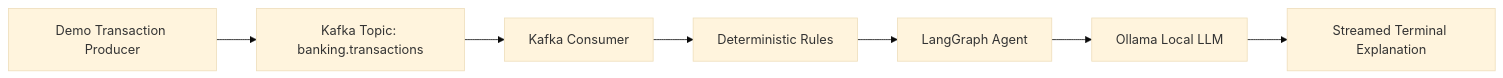
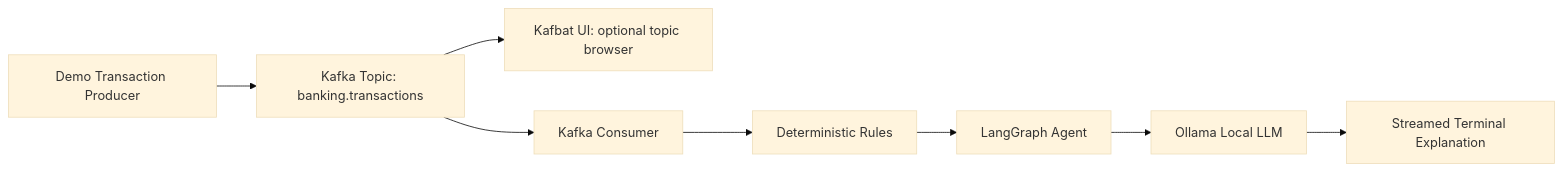
Before and after one commit to thomassuedbroecker/simple_kafka_example: the diagram in README.md, drawn with Mermaid (base theme). The commit also changed other lines of this file and 7 other files, not shown here.

````diff
--- a/README.md
+++ b/README.md
@@ -61,9 +62,10 @@
 ```mermaid
 flowchart LR
     A[Demo Transaction Producer] --> B[Kafka Topic: banking.transactions]
+    B --> H[Kafbat UI: optional topic browser]
     B --> C[Kafka Consumer]
     C --> D[Deterministic Rules]
     D --> E[LangGraph Agent]
     E --> F[Ollama Local LLM]
     F --> G[Streamed Terminal Explanation]
 ```
````
